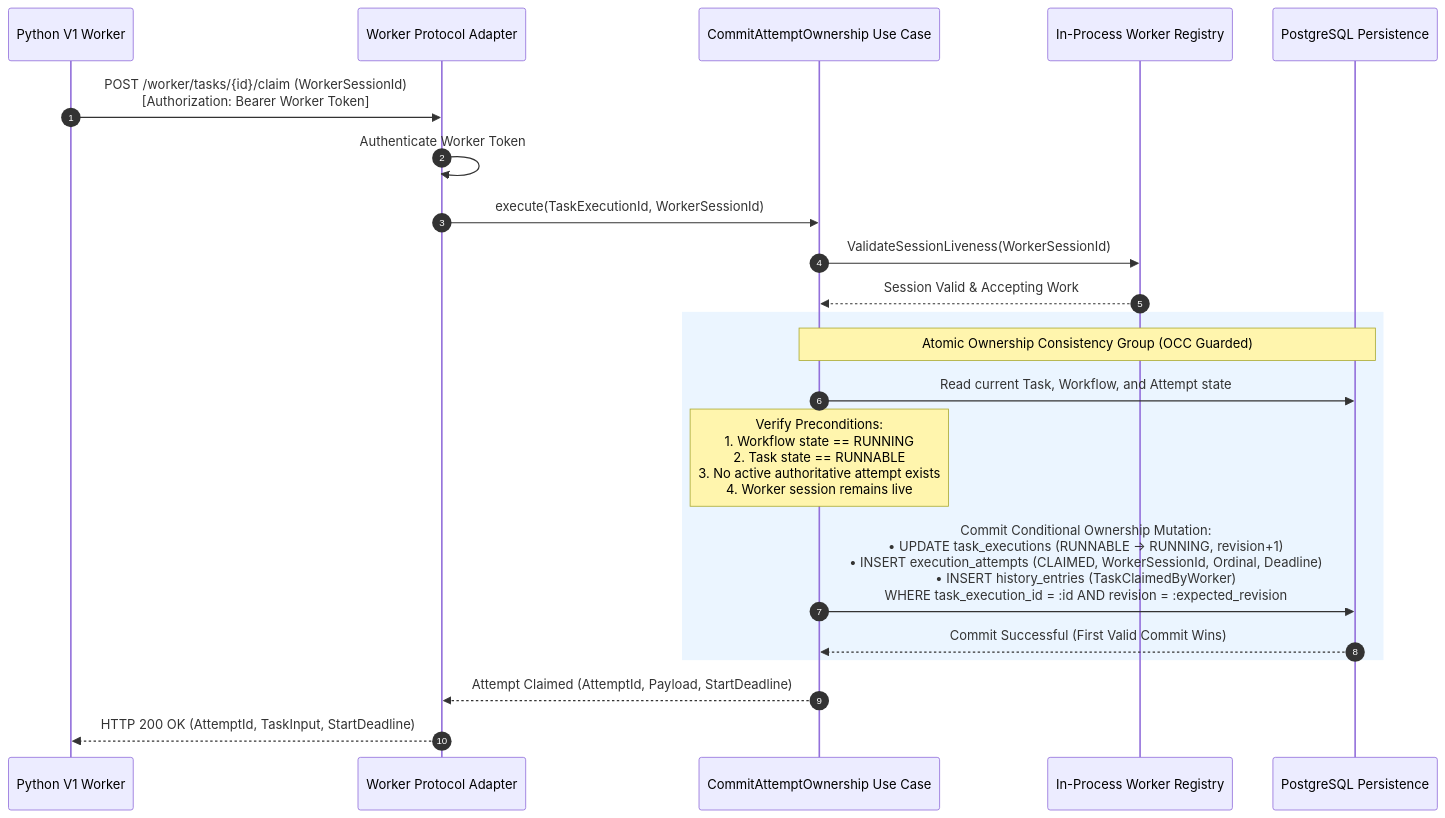
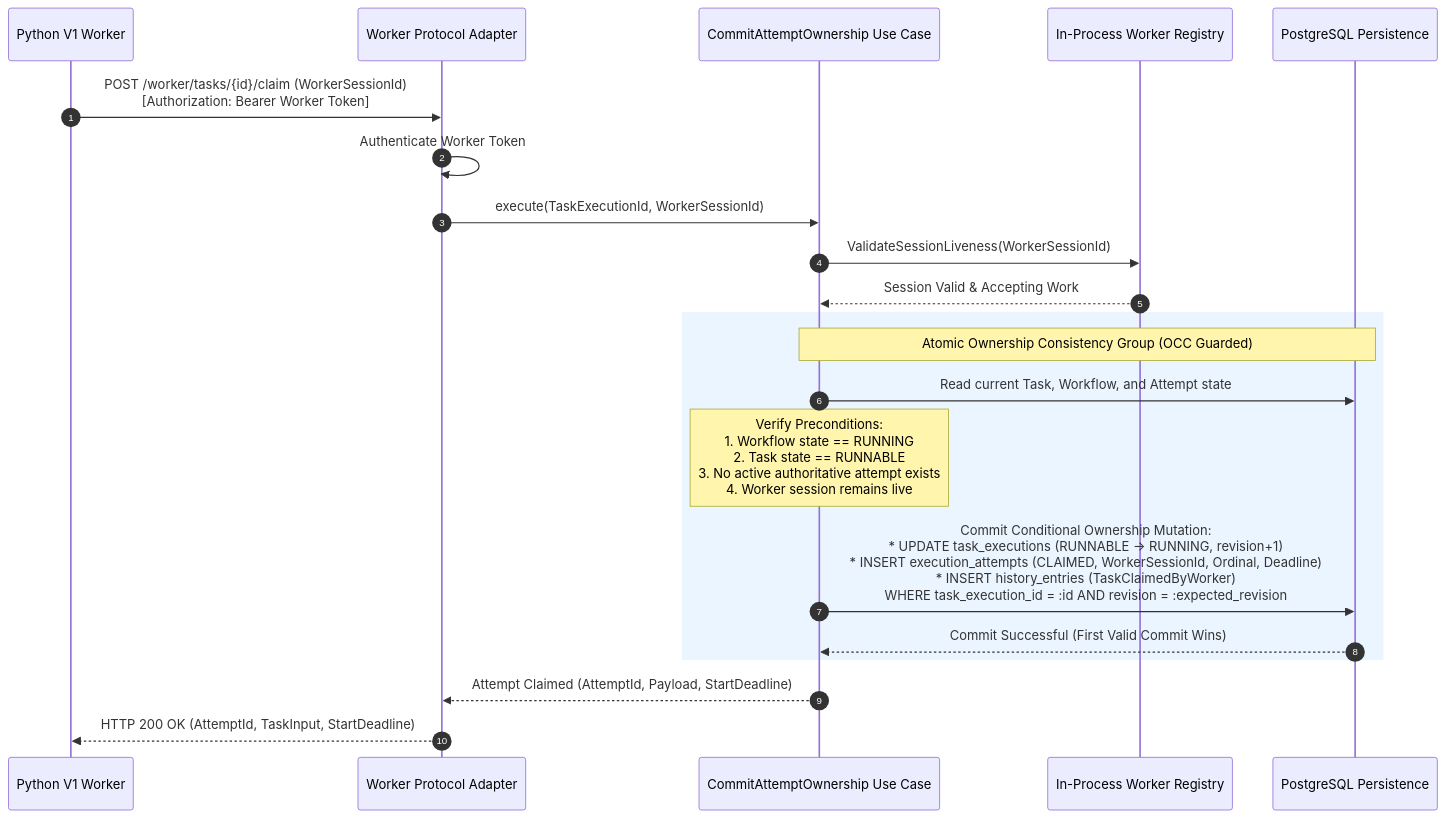
One commit to binary-beater/nexusflow changed the ninth of 16 diagrams in docs/architecture/nexusflow-v1-high-level-design.md. Above: the diagram before and after it, drawn with Mermaid. The commit also changed other lines of this file and 9 other files, not shown here.

````diff
--- a/docs/architecture/nexusflow-v1-high-level-design.md
+++ b/docs/architecture/nexusflow-v1-high-level-design.md
@@ -488,27 +486,27 @@
 ```mermaid
 sequenceDiagram
     autonumber
     participant Worker as Python V1 Worker
     participant API as Worker Protocol Adapter
     participant UseCase as CommitAttemptOwnership Use Case
     participant Reg as In-Process Worker Registry
     participant DB as PostgreSQL Persistence
 
     Worker->>API: POST /worker/tasks/{id}/claim (WorkerSessionId)<br>[Authorization: Bearer Worker Token]
     API->>API: Authenticate Worker Token
     API->>UseCase: execute(TaskExecutionId, WorkerSessionId)
-    
+
     UseCase->>Reg: ValidateSessionLiveness(WorkerSessionId)
     Reg-->>UseCase: Session Valid & Accepting Work
-    
+
     rect rgb(235, 245, 255)
         Note over UseCase,DB: Atomic Ownership Consistency Group (OCC Guarded)
         UseCase->>DB: Read current Task, Workflow, and Attempt state
         Note over UseCase: Verify Preconditions:<br>1. Workflow state == RUNNING<br>2. Task state == RUNNABLE<br>3. No active authoritative attempt exists<br>4. Worker session remains live
-        UseCase->>DB: Commit Conditional Ownership Mutation:<br>• UPDATE task_executions (RUNNABLE -> RUNNING, revision+1)<br>• INSERT execution_attempts (CLAIMED, WorkerSessionId, Ordinal, Deadline)<br>• INSERT history_entries (TaskClaimedByWorker)<br>WHERE task_execution_id = :id AND revision = :expected_revision
+        UseCase->>DB: Commit Conditional Ownership Mutation:<br>* UPDATE task_executions (RUNNABLE -> RUNNING, revision+1)<br>* INSERT execution_attempts (CLAIMED, WorkerSessionId, Ordinal, Deadline)<br>* INSERT history_entries (TaskClaimedByWorker)<br>WHERE task_execution_id = :id AND revision = :expected_revision
         DB-->>UseCase: Commit Successful (First Valid Commit Wins)
     end
-    
+
     UseCase-->>API: Attempt Claimed (AttemptId, Payload, StartDeadline)
     API-->>Worker: HTTP 200 OK (AttemptId, TaskInput, StartDeadline)
 ```
````
